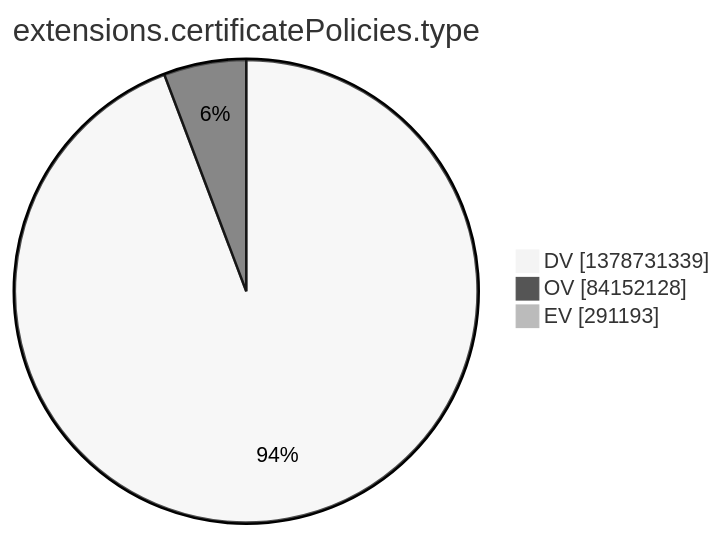
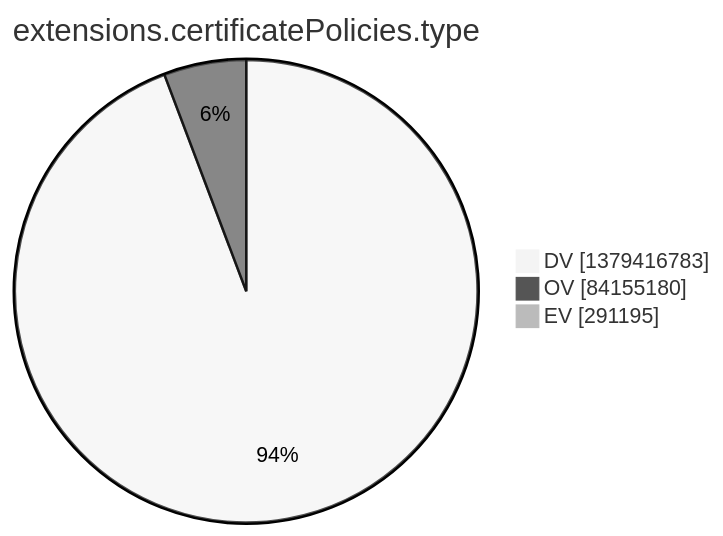
One commit to christiankrug/ctmonitor_visualization changed the tenth of 15 diagrams in argon2022/README.md. Above: the diagram before and after it, drawn with Mermaid (neutral theme). The commit also changed other lines of this file, not shown here.

````diff
--- a/argon2022/README.md
+++ b/argon2022/README.md
@@ -2773,7 +2773,7 @@
 ```mermaid
 pie showData
 title extensions.certificatePolicies.type
-"DV" :1378731339
-"OV" :84152128
-"EV" :291193
+"DV" :1379416783
+"OV" :84155180
+"EV" :291195
 ```
````
